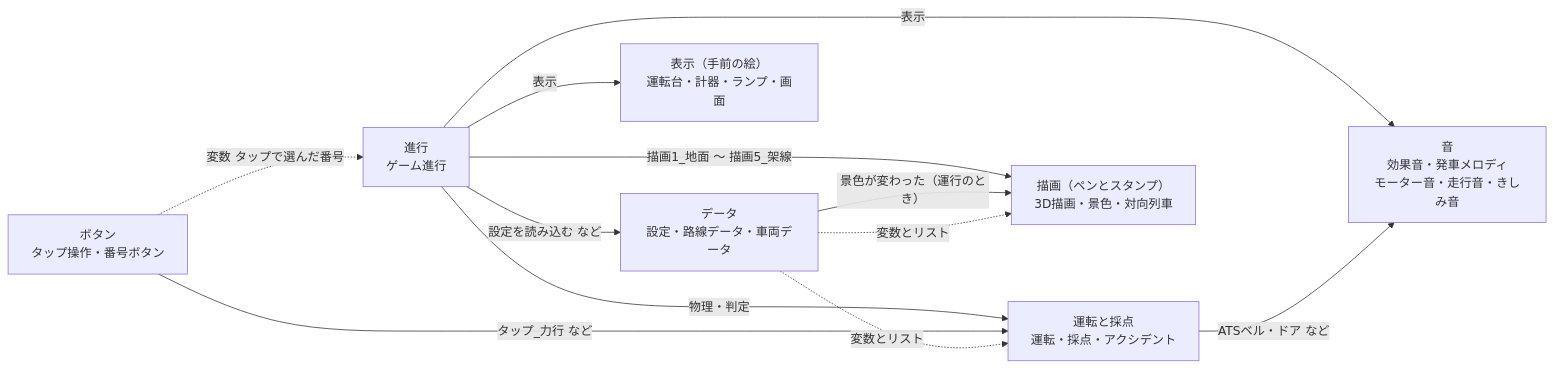
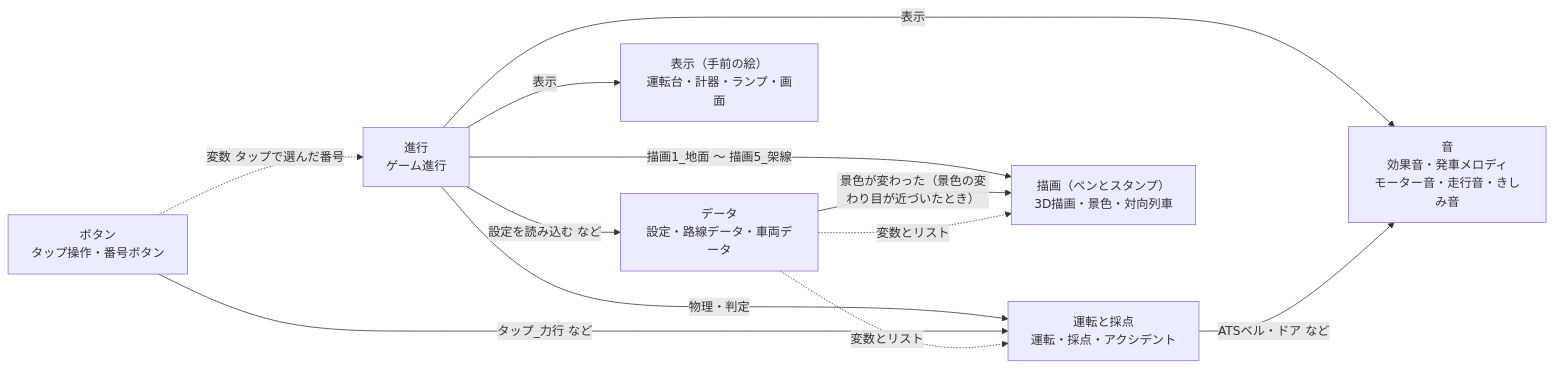
One commit to hagishun/TRAIN-GAME-TRIALE changed the first of 9 diagrams in docs/scratch-guide.md. Above: the diagram before and after it, drawn with Mermaid. The commit also changed other lines of this file and 22 other files, not shown here.

````diff
--- a/docs/scratch-guide.md
+++ b/docs/scratch-guide.md
@@ -155,21 +157,21 @@
 ```mermaid
 flowchart LR
   shinko["進行<br/>ゲーム進行"]
   data["データ<br/>設定・路線データ・車両データ"]
   unten["運転と採点<br/>運転・採点・アクシデント"]
   byoga["描画（ペンとスタンプ）<br/>3D描画・景色・対向列車"]
   hyouji["表示（手前の絵）<br/>運転台・計器・ランプ・画面"]
   button["ボタン<br/>タップ操作・番号ボタン"]
   oto["音<br/>効果音・発車メロディ<br/>モーター音・走行音・きしみ音"]
   shinko -->|"設定を読み込む など"| data
   shinko -->|"物理・判定"| unten
   shinko -->|"描画1_地面 〜 描画5_架線"| byoga
   shinko -->|"表示"| hyouji
   shinko -->|"表示"| oto
   button -->|"タップ_力行 など"| unten
   button -.->|"変数 タップで選んだ番号"| shinko
   unten -->|"ATSベル・ドア など"| oto
-  data -->|"景色が変わった（運行のとき）"| byoga
+  data -->|"景色が変わった（景色の変わり目が近づいたとき）"| byoga
   data -.->|"変数とリスト"| unten
   data -.->|"変数とリスト"| byoga
 ```
````
